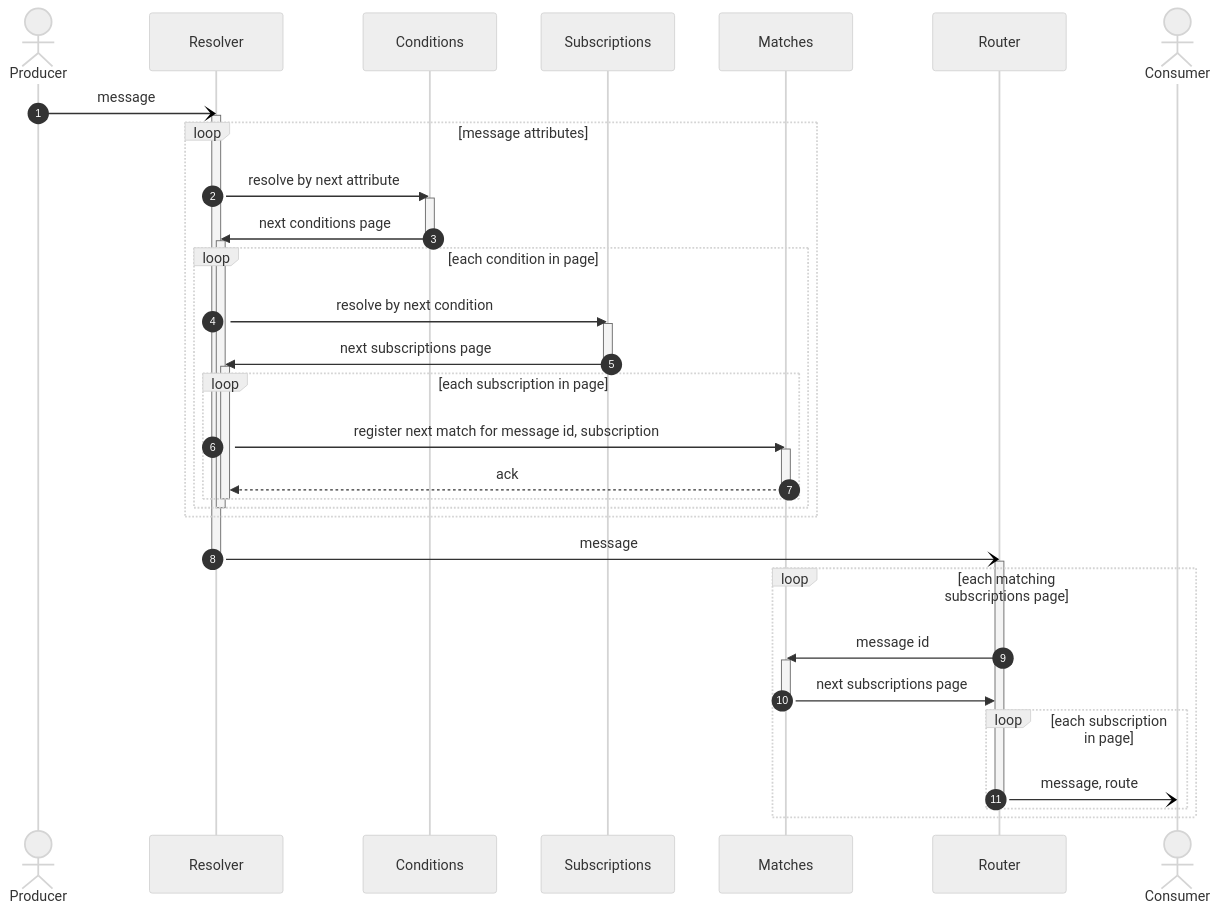
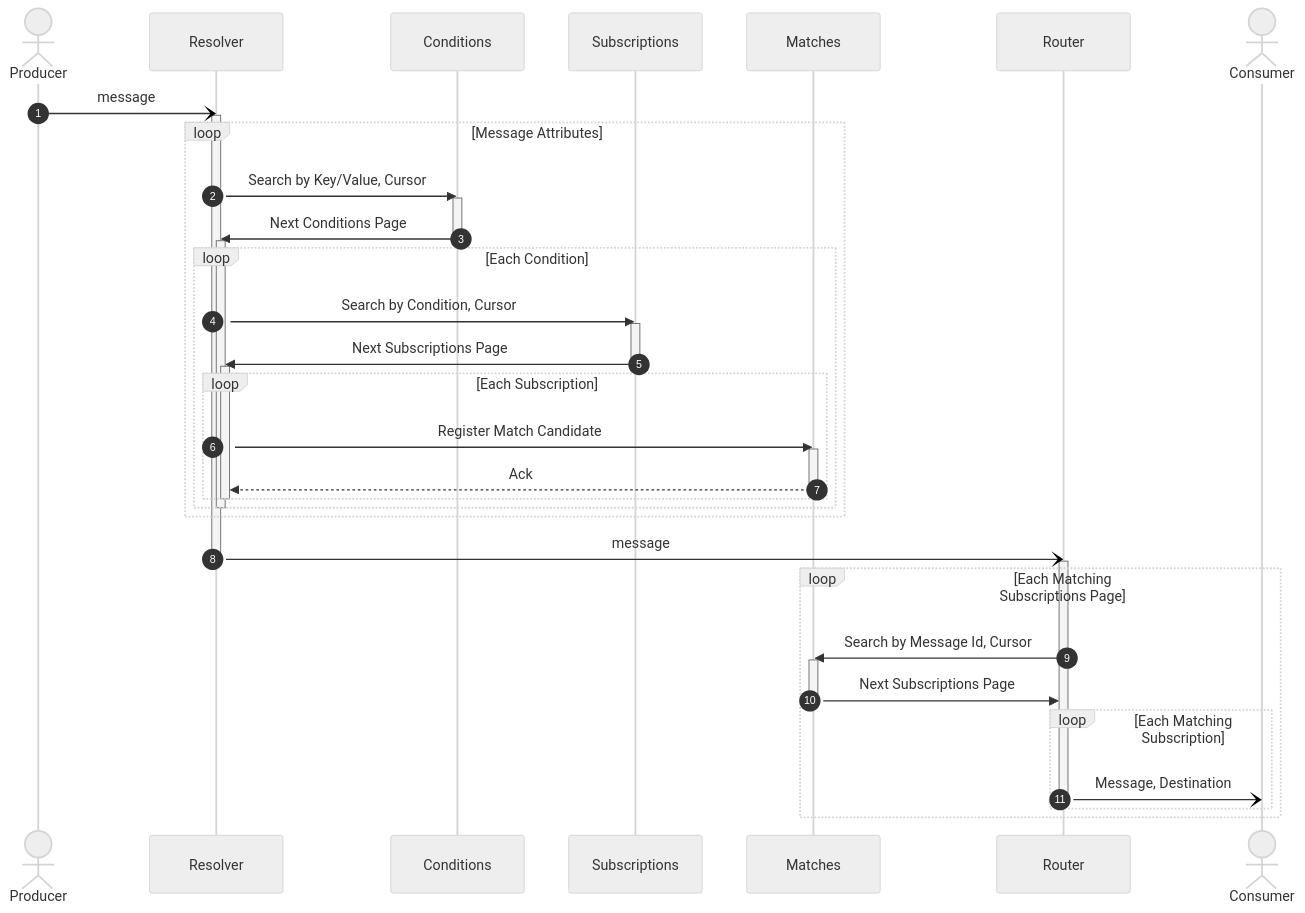
One commit to awakari/.github changed the diagram in profile/README.md. Above: the diagram before and after it, drawn with Mermaid.

````diff
--- a/profile/README.md
+++ b/profile/README.md
@@ -121,63 +121,63 @@
 ```mermaid
 %%{init: {'theme': 'neutral' } }%%
 sequenceDiagram
 
     autonumber
 
     actor Producer
     participant Resolver
     participant Conditions
     participant Subscriptions
     participant Matches
     participant Router
     actor Consumer
 
     Producer-)Resolver: message
     activate Resolver
     
-    loop message attributes
+    loop Message Attributes
     
-        Resolver->>Conditions: resolve by next attribute 
+        Resolver->>Conditions: Search by Key/Value, Cursor
         activate Conditions
-        Conditions->>Resolver: next conditions page
+        Conditions->>Resolver: Next Conditions Page
         deactivate Conditions
         
         activate Resolver
-        loop each condition in page
+        loop Each Condition
             
-            Resolver->>Subscriptions: resolve by next condition
+            Resolver->>Subscriptions: Search by Condition, Cursor
             activate Subscriptions
-            Subscriptions->>Resolver: next subscriptions page
+            Subscriptions->>Resolver: Next Subscriptions Page
             deactivate Subscriptions
             
             activate Resolver
-            loop each subscription in page
-                Resolver->>Matches: register next match for message id, subscription
+            loop Each Subscription
+                Resolver->>Matches: Register Match Candidate
                 activate Matches
-                Matches-->>Resolver: ack
+                Matches-->>Resolver: Ack
                 deactivate Matches
             end
             deactivate Resolver
             
         end
         deactivate Resolver
     end
         
     Resolver-)Router: message
     deactivate Resolver
 
     activate Router
-    loop each matching subscriptions page
+    loop Each Matching Subscriptions Page
         
-        Router->>Matches: message id
+        Router->>Matches: Search by Message Id, Cursor
         activate Matches
-        Matches->>Router: next subscriptions page
+        Matches->>Router: Next Subscriptions Page
         deactivate Matches
         
-        loop each subscription in page
-            Router-)Consumer: message, route
+        loop Each Matching Subscription
+            Router-)Consumer: Message, Destination
             deactivate Router
         end
         
     end
 ```
````
